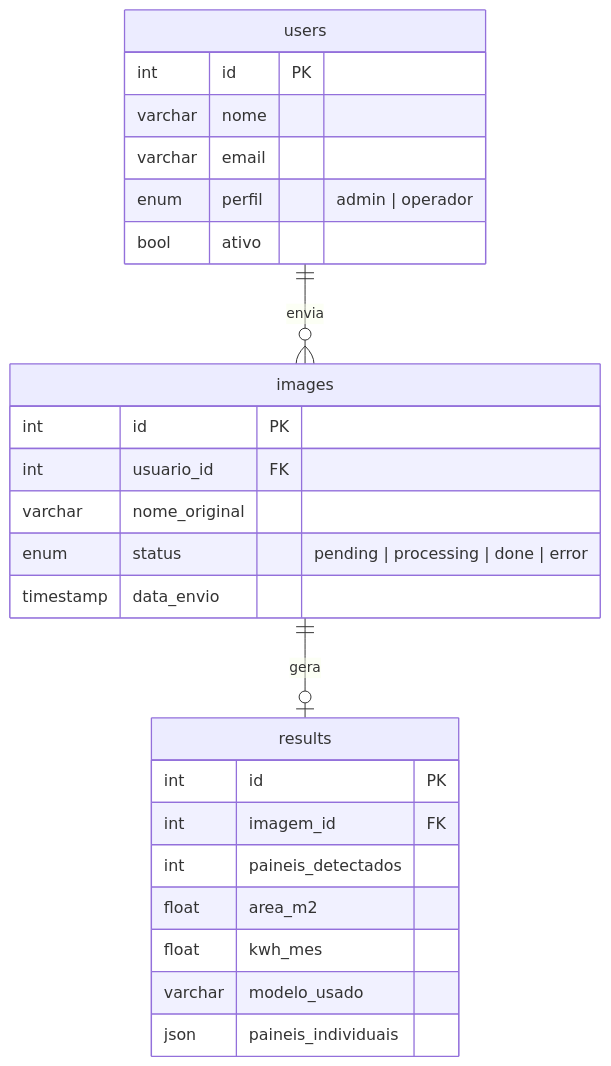
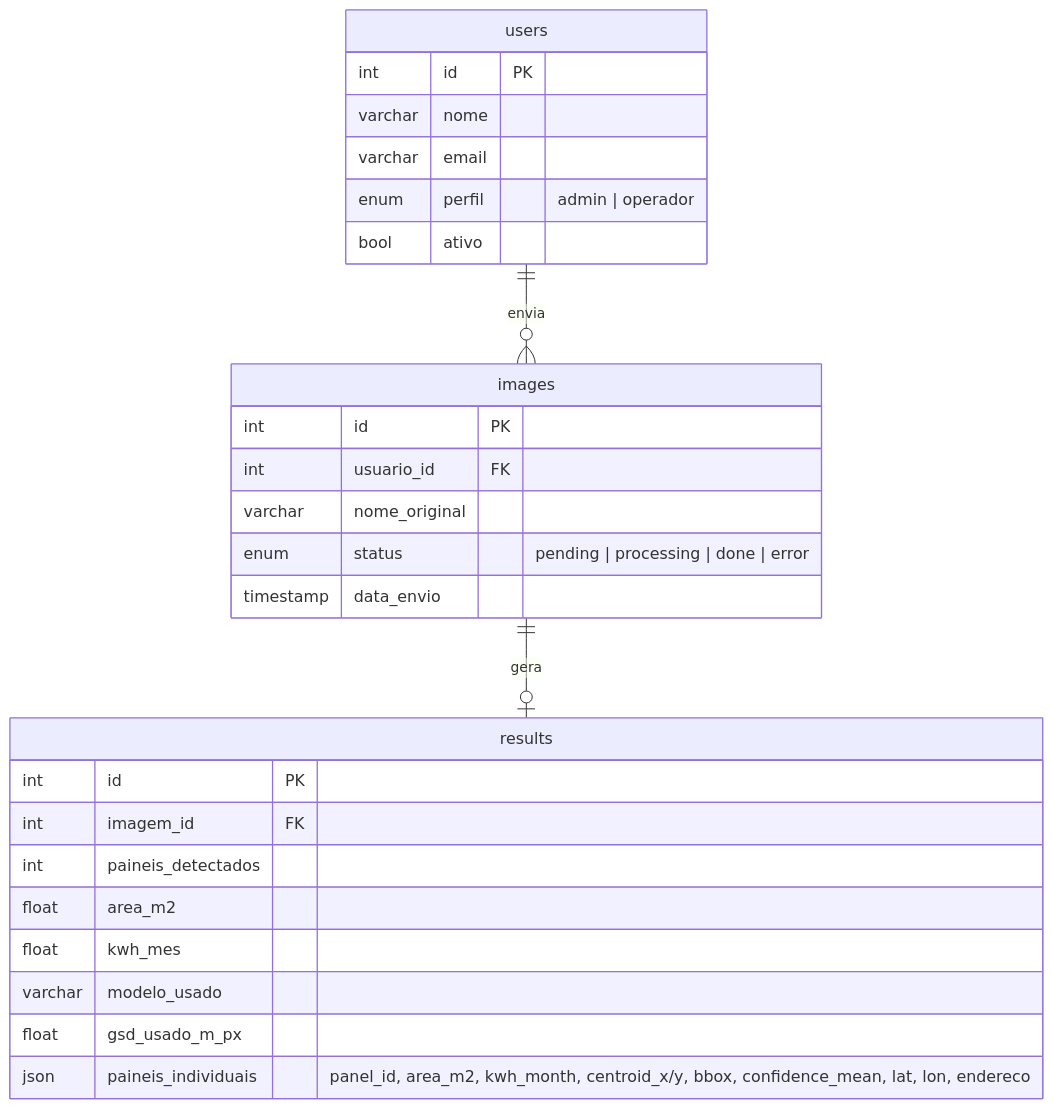
The second of 4 diagrams in DOCUMENTACAO_TECNICA.md (RuanSampaio-code/sistema-prev-solar), drawn with Mermaid before and after one commit. The commit also changed other lines of this file and 19 other files, not shown here.

````diff
--- a/DOCUMENTACAO_TECNICA.md
+++ b/DOCUMENTACAO_TECNICA.md
@@ -311,31 +348,32 @@
 ```mermaid
 erDiagram
     users {
         int id PK
         varchar nome
         varchar email
         enum perfil "admin | operador"
         bool ativo
     }
 
     images {
         int id PK
         int usuario_id FK
         varchar nome_original
         enum status "pending | processing | done | error"
         timestamp data_envio
     }
 
     results {
         int id PK
         int imagem_id FK
         int paineis_detectados
         float area_m2
         float kwh_mes
         varchar modelo_usado
-        json paineis_individuais
+        float gsd_usado_m_px
+        json paineis_individuais "panel_id, area_m2, kwh_month, centroid_x/y, bbox, confidence_mean, lat, lon, endereco"
     }
 
     users ||--o{ images : "envia"
     images ||--o| results : "gera"
 ```
````
